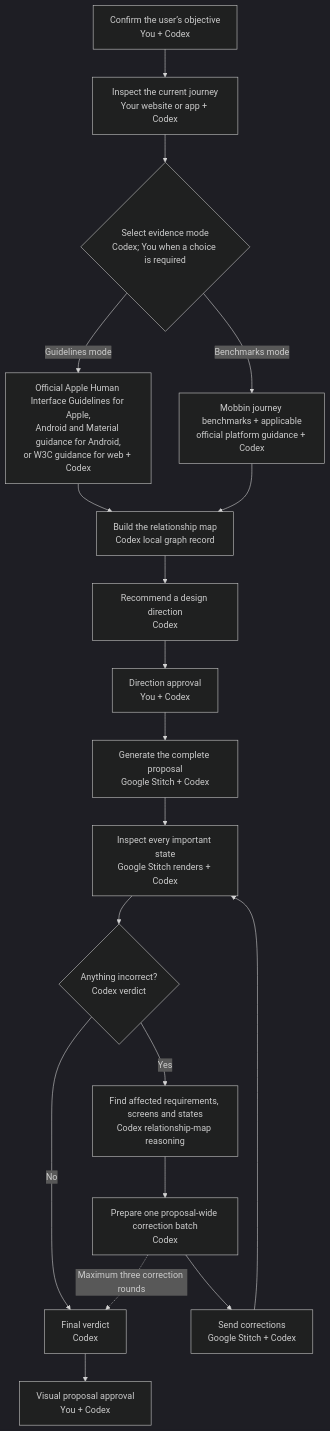
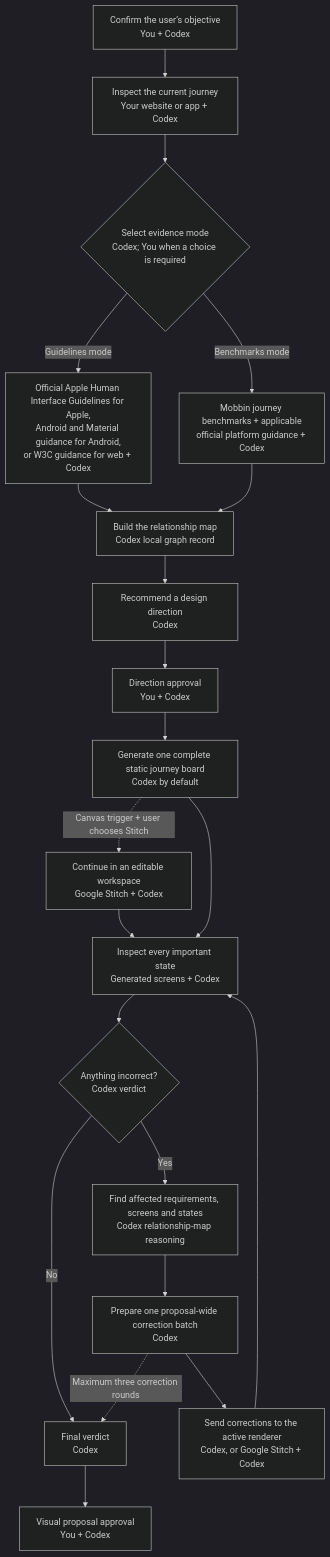
Before and after one commit to friedbeef1/mobbin-apple-guidelines-stitch: the diagram in docs/using-design-arc.md, drawn with Mermaid (dark theme). The commit also changed other lines of this file and 10 other files, not shown here.

````diff
--- a/docs/using-design-arc.md
+++ b/docs/using-design-arc.md
@@ -44,25 +44,27 @@
 ```mermaid
 flowchart TD
     A["Confirm the user’s objective<br/>You + Codex"] --> B["Inspect the current journey<br/>Your website or app + Codex"]
     B --> C{"Select evidence mode<br/>Codex; You when a choice is required"}
     C -- "Guidelines mode" --> C1["Official Apple Human Interface Guidelines for Apple,<br/>Android and Material guidance for Android,<br/>or W3C guidance for web + Codex"]
     C -- "Benchmarks mode" --> C2["Mobbin journey benchmarks + applicable<br/>official platform guidance + Codex"]
     C1 --> D["Build the relationship map<br/>Codex local graph record"]
     C2 --> D
 
     D --> E["Recommend a design direction<br/>Codex"]
     E --> F["Direction approval<br/>You + Codex"]
-    F --> G["Generate the complete proposal<br/>Google Stitch + Codex"]
+    F --> G["Generate one complete static journey board<br/>Codex by default"]
+    G -. "Canvas trigger + user chooses Stitch" .-> GS["Continue in an editable workspace<br/>Google Stitch + Codex"]
+    GS --> H
 
-    G --> H["Inspect every important state<br/>Google Stitch renders + Codex"]
+    G --> H["Inspect every important state<br/>Generated screens + Codex"]
     H --> I{"Anything incorrect?<br/>Codex verdict"}
 
     I -- "No" --> J["Final verdict<br/>Codex"]
     I -- "Yes" --> K["Find affected requirements, screens and states<br/>Codex relationship-map reasoning"]
     K --> L["Prepare one proposal-wide correction batch<br/>Codex"]
-    L --> M["Send corrections<br/>Google Stitch + Codex"]
+    L --> M["Send corrections to the active renderer<br/>Codex, or Google Stitch + Codex"]
     M --> H
 
     J --> N["Visual proposal approval<br/>You + Codex"]
     L -. "Maximum three correction rounds" .-> J
 ```
````
